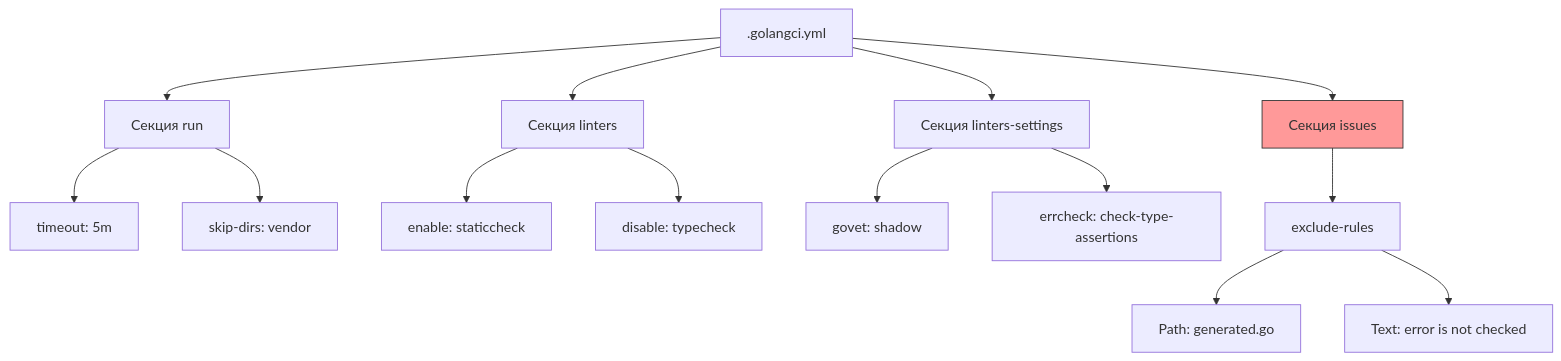
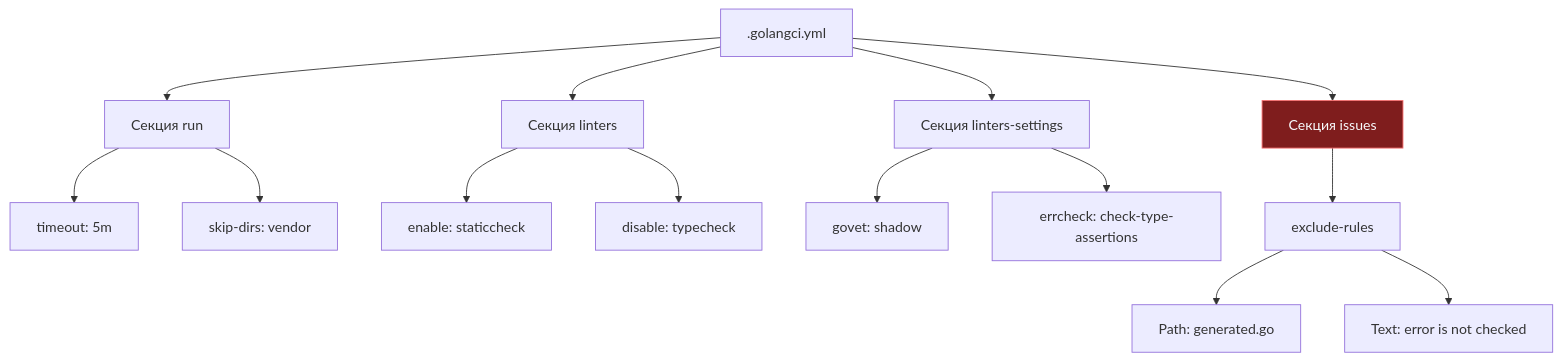
Before and after one commit to UnrealTemplier/go-textbook: the diagram in sources/8. Инфраструктура языка, Тулинг и CI_CD/19. Конфигурация линтеров.md, drawn with Mermaid. The commit also changed 310 other files, not shown here.

First line of the commit message:
fix(mermaid): replace light fill colors with dark palette for readability on dark theme

````diff
--- a/sources/8. Инфраструктура языка, Тулинг и CI_CD/19. Конфигурация линтеров.md
+++ b/sources/8. Инфраструктура языка, Тулинг и CI_CD/19. Конфигурация линтеров.md
@@ -22,22 +22,22 @@
 ```mermaid
 flowchart TD
     A[".golangci.yml"] --> B["Секция run"]
     A --> C["Секция linters"]
     A --> D["Секция issues"]
     A --> E["Секция linters-settings"]
     
     B --> B1["timeout: 5m"]
     B --> B2["skip-dirs: vendor"]
     
     C --> C1["enable: staticcheck"]
     C --> C2["disable: typecheck"]
     
     E --> E1["govet: shadow"]
     E --> E2["errcheck: check-type-assertions"]
     
     D --> D1["exclude-rules"]
     D1 --> D2["Path: generated.go"]
     D1 --> D3["Text: error is not checked"]
     
-    style D fill:#ff9999,stroke:#333
+    style D fill:#7f1d1d,stroke:#f87171,color:#f8fafc
 ```
````
